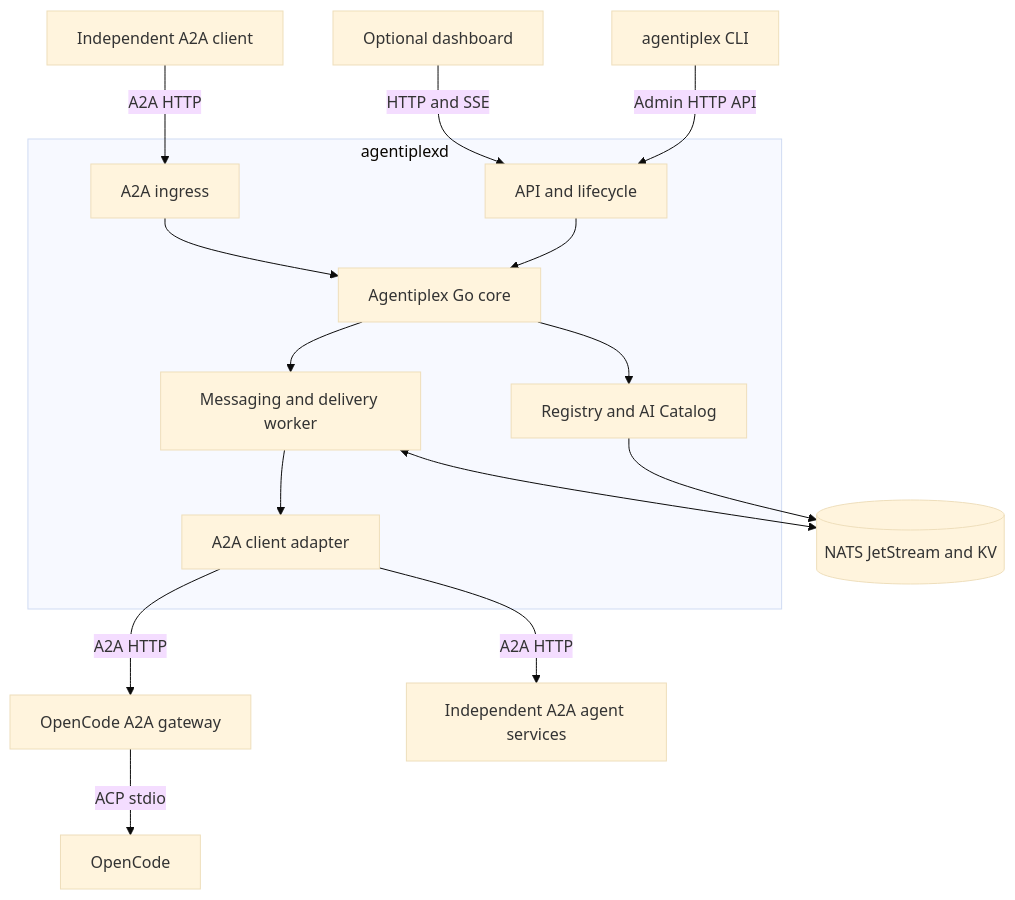
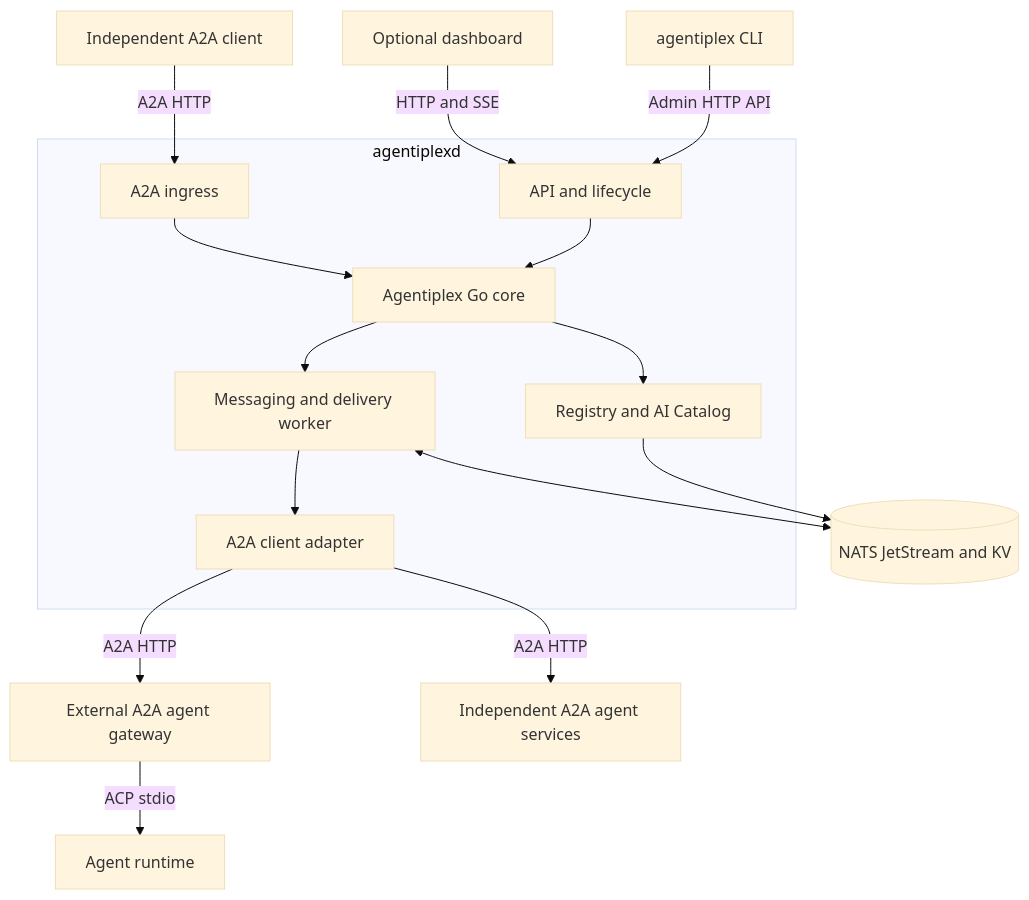
Before and after one commit to tbrandenburg/agentiplex: the first of 2 diagrams in docs/ARCH.md, drawn with Mermaid (base theme). The commit also changed other lines of this file and 6 other files, not shown here.

Commit message:
docs: present OpenCode as example driver, not core dependency (#14)

````diff
--- a/docs/ARCH.md
+++ b/docs/ARCH.md
@@ -22,18 +22,18 @@
 ```mermaid
 flowchart TB
     CLI[agentiplex CLI] -->|Admin HTTP API| API
     UI[Optional dashboard] -->|HTTP and SSE| API
     Caller[Independent A2A client] -->|A2A HTTP| IN
     subgraph D[agentiplexd]
         API[API and lifecycle] --> Core[Agentiplex Go core]
         IN[A2A ingress] --> Core
         Core --> Cat[Registry and AI Catalog]
         Core --> Bus[Messaging and delivery worker]
         Bus --> OUT[A2A client adapter]
     end
     Cat --> JS[(NATS JetStream and KV)]
     Bus <--> JS
-    OUT -->|A2A HTTP| OC[OpenCode A2A gateway]
+    OUT -->|A2A HTTP| OC[External A2A agent gateway]
     OUT -->|A2A HTTP| Mock[Independent A2A agent services]
-    OC -->|ACP stdio| Runtime[OpenCode]
+    OC -->|ACP stdio| Runtime[Agent runtime]
 ```
````
